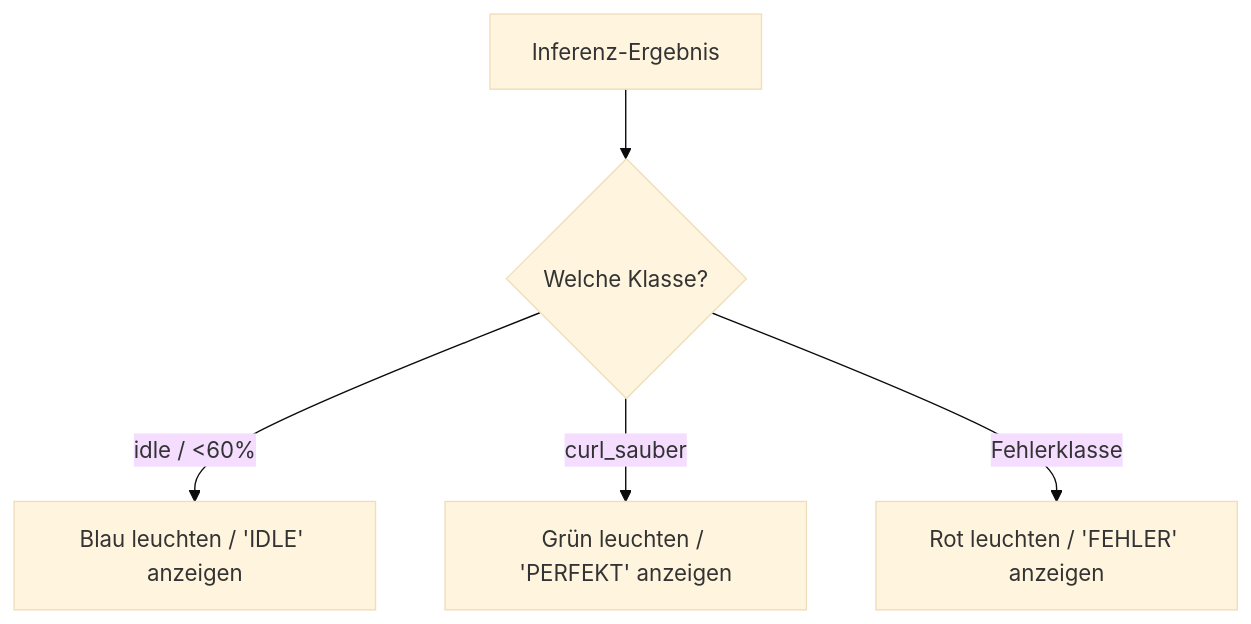
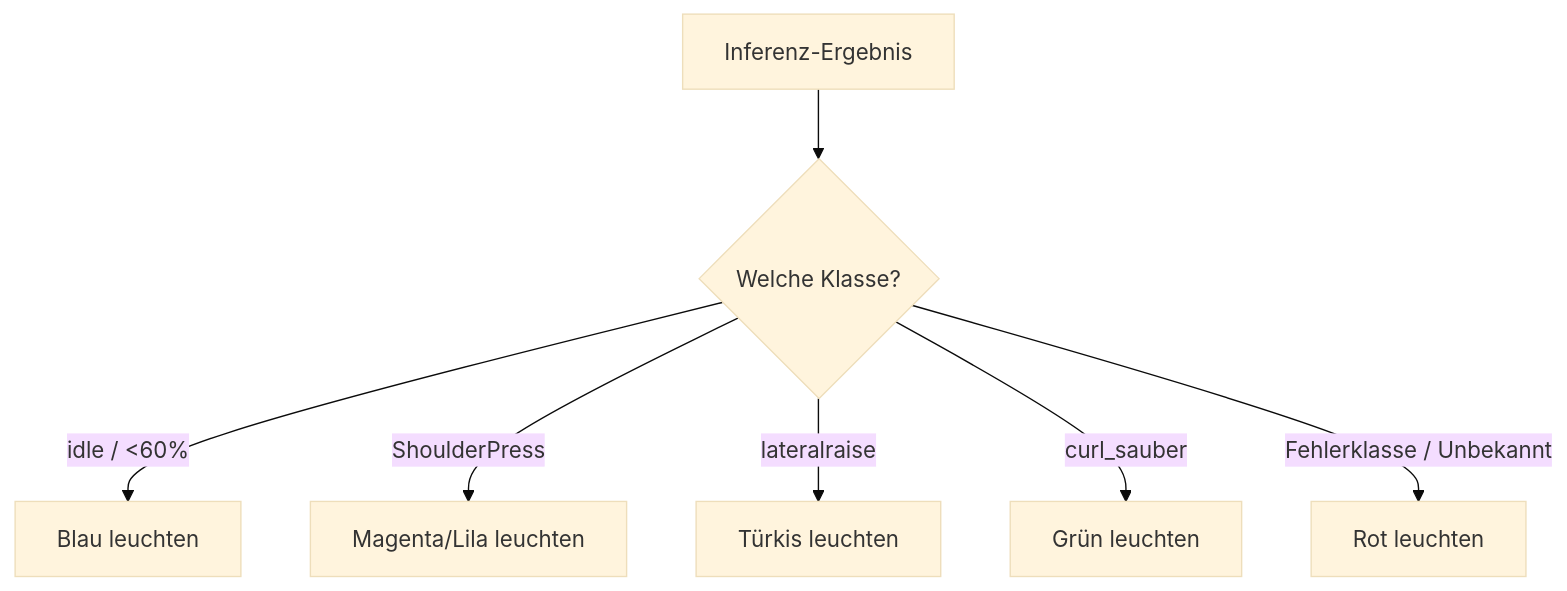
Before and after one commit to ErlindS/movelink: the diagram in embedded/components/led_display_controller/architecture.md, drawn with Mermaid (base theme). The commit also changed other lines of this file and 20 other files, not shown here.

````diff
--- a/embedded/components/led_display_controller/architecture.md
+++ b/embedded/components/led_display_controller/architecture.md
@@ -37,7 +39,9 @@
 ```mermaid
 flowchart TD
     Result[Inferenz-Ergebnis] --> Check{Welche Klasse?}
-    Check -->|idle / <60%| Idle[Blau leuchten / 'IDLE' anzeigen]
-    Check -->|curl_sauber| Perfect[Grün leuchten / 'PERFEKT' anzeigen]
-    Check -->|Fehlerklasse| Error[Rot leuchten / 'FEHLER' anzeigen]
+    Check -->|idle / <60%| Idle[Blau leuchten]
+    Check -->|ShoulderPress| Shoulder[Magenta/Lila leuchten]
+    Check -->|lateralraise| Lateral[Türkis leuchten]
+    Check -->|curl_sauber| Perfect[Grün leuchten]
+    Check -->|Fehlerklasse / Unbekannt| Error[Rot leuchten]
 ```
````
